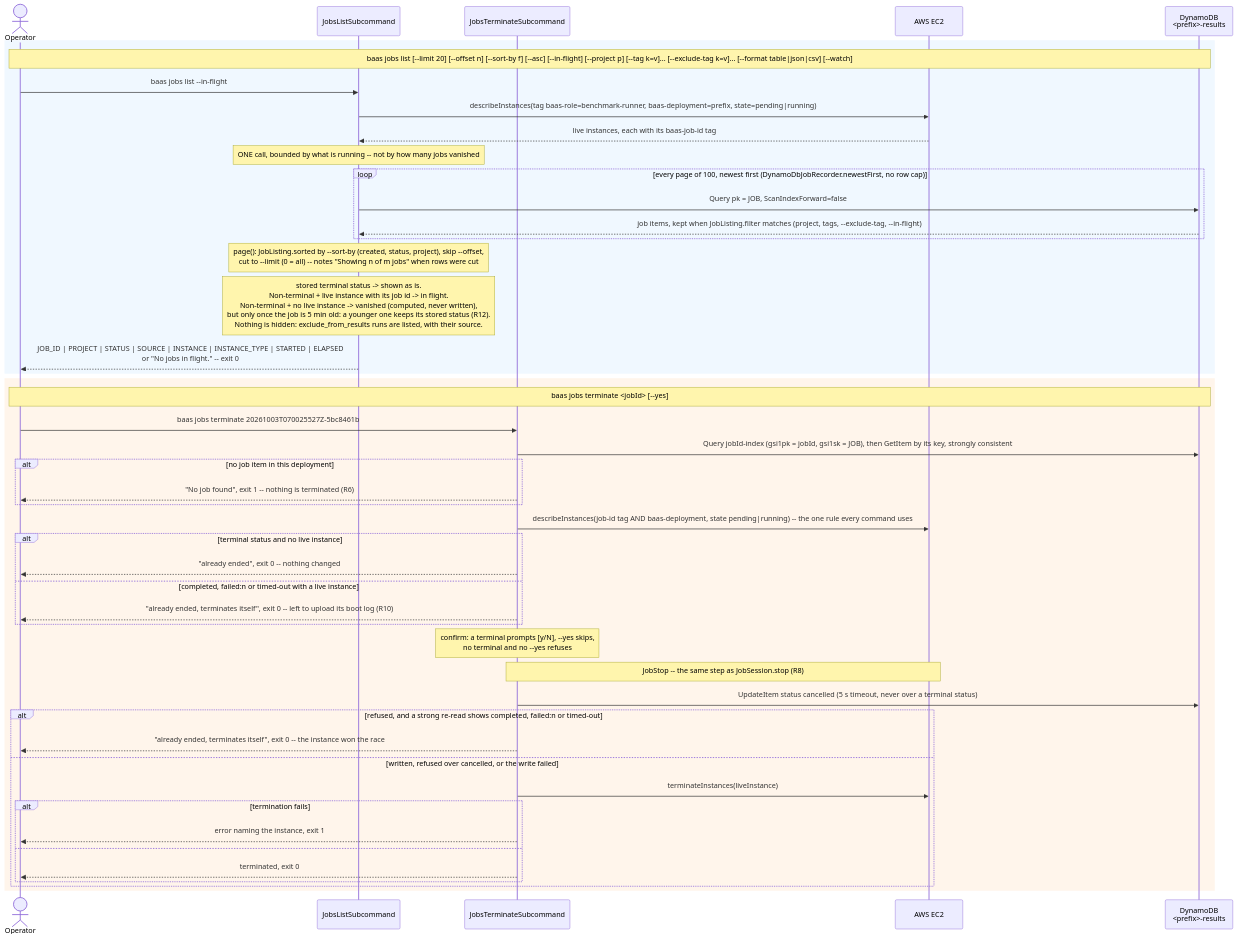
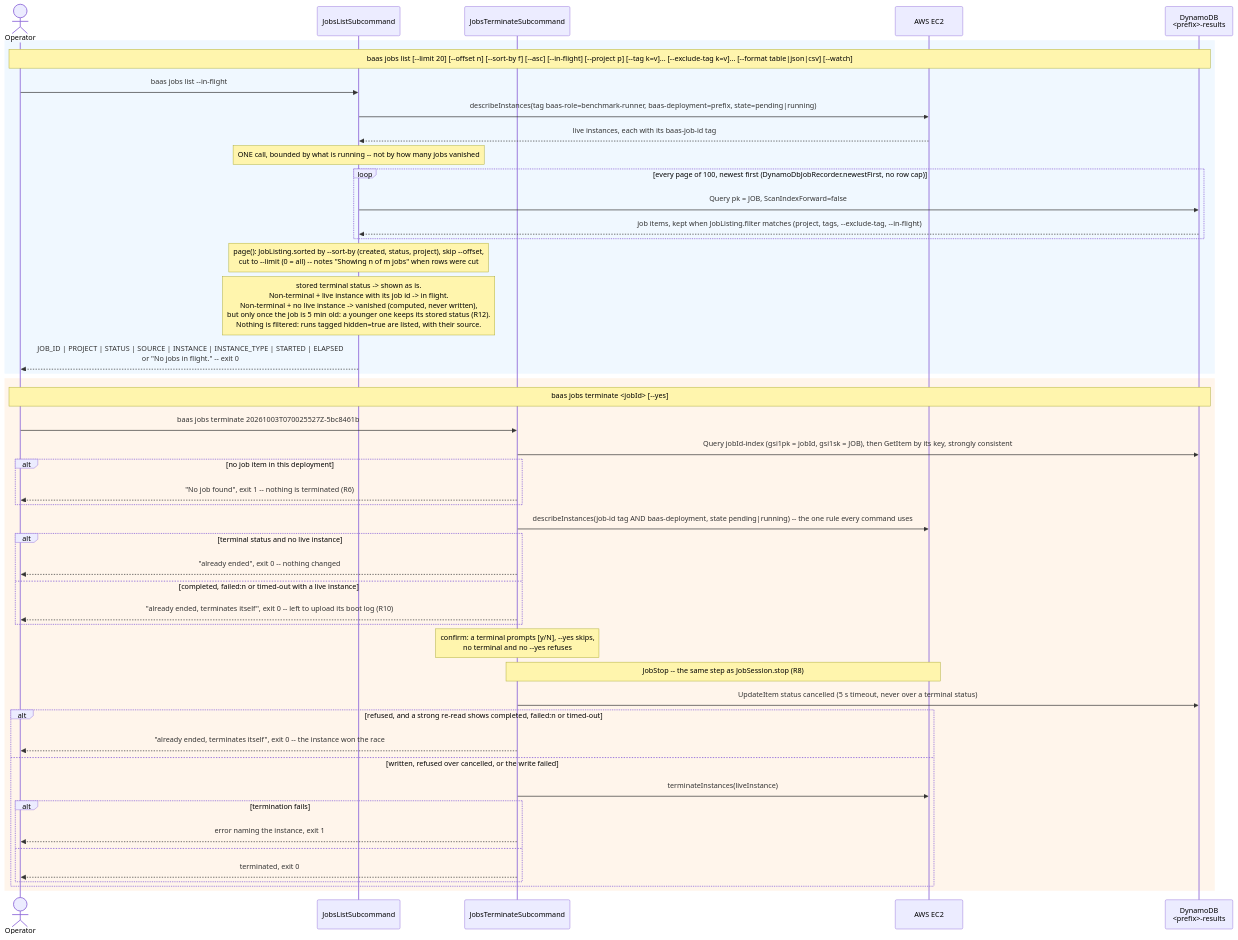
One commit to wsztajerowski/benchmark-as-a-service changed the diagram in docs/diagrams/baas-jobs.mmd. Above: the diagram before and after it, drawn with Mermaid. The commit also changed 34 other files, not shown here.

First line of the commit message:
feat(cli): make jobs show readable and record environment schema 7

```diff
--- a/docs/diagrams/baas-jobs.mmd
+++ b/docs/diagrams/baas-jobs.mmd
@@ -1,49 +1,49 @@
 sequenceDiagram
     actor User as Operator
     participant RL as JobsListSubcommand
     participant RT as JobsTerminateSubcommand
     participant EC2 as AWS EC2
     participant DDB as DynamoDB<br/><prefix>-results
 
     rect rgb(240, 248, 255)
         Note over User,DDB: baas jobs list [--limit 20] [--offset n] [--sort-by f] [--asc] [--in-flight] [--project p] [--tag k=v]... [--exclude-tag k=v]... [--format table|json|csv] [--watch]
         User->>RL: baas jobs list --in-flight
         RL->>EC2: describeInstances(tag baas-role=benchmark-runner, baas-deployment=prefix, state=pending|running)
         EC2-->>RL: live instances, each with its baas-job-id tag
         Note over RL: ONE call, bounded by what is running -- not by how many jobs vanished
         loop every page of 100, newest first (DynamoDbJobRecorder.newestFirst, no row cap)
             RL->>DDB: Query pk = JOB, ScanIndexForward=false
             DDB-->>RL: job items, kept when JobListing.filter matches (project, tags, --exclude-tag, --in-flight)
         end
         Note over RL: page(): JobListing.sorted by --sort-by (created, status, project), skip --offset,<br/>cut to --limit (0 = all) -- notes "Showing n of m jobs" when rows were cut
-        Note over RL: stored terminal status -> shown as is.<br/>Non-terminal + live instance with its job id -> in flight.<br/>Non-terminal + no live instance -> vanished (computed, never written),<br/>but only once the job is 5 min old: a younger one keeps its stored status (R12).<br/>Nothing is hidden: exclude_from_results runs are listed, with their source.
+        Note over RL: stored terminal status -> shown as is.<br/>Non-terminal + live instance with its job id -> in flight.<br/>Non-terminal + no live instance -> vanished (computed, never written),<br/>but only once the job is 5 min old: a younger one keeps its stored status (R12).<br/>Nothing is filtered: runs tagged hidden=true are listed, with their source.
         RL-->>User: JOB_ID | PROJECT | STATUS | SOURCE | INSTANCE | INSTANCE_TYPE | STARTED | ELAPSED<br/>or "No jobs in flight." -- exit 0
     end
 
     rect rgb(255, 245, 235)
         Note over User,DDB: baas jobs terminate <jobId> [--yes]
         User->>RT: baas jobs terminate 20261003T070025527Z-5bc8461b
         RT->>DDB: Query jobId-index (gsi1pk = jobId, gsi1sk = JOB), then GetItem by its key, strongly consistent
         alt no job item in this deployment
             RT-->>User: "No job found", exit 1 -- nothing is terminated (R6)
         end
         RT->>EC2: describeInstances(job-id tag AND baas-deployment, state pending|running) -- the one rule every command uses
         alt terminal status and no live instance
             RT-->>User: "already ended", exit 0 -- nothing changed
         else completed, failed:n or timed-out with a live instance
             RT-->>User: "already ended, terminates itself", exit 0 -- left to upload its boot log (R10)
         end
         Note over RT: confirm: a terminal prompts [y/N], --yes skips,<br/>no terminal and no --yes refuses
         Note over RT,EC2: JobStop -- the same step as JobSession.stop (R8)
         RT->>DDB: UpdateItem status cancelled (5 s timeout, never over a terminal status)
         alt refused, and a strong re-read shows completed, failed:n or timed-out
             RT-->>User: "already ended, terminates itself", exit 0 -- the instance won the race
         else written, refused over cancelled, or the write failed
             RT->>EC2: terminateInstances(liveInstance)
             alt termination fails
                 RT-->>User: error naming the instance, exit 1
             else
                 RT-->>User: terminated, exit 0
             end
         end
     end
```
